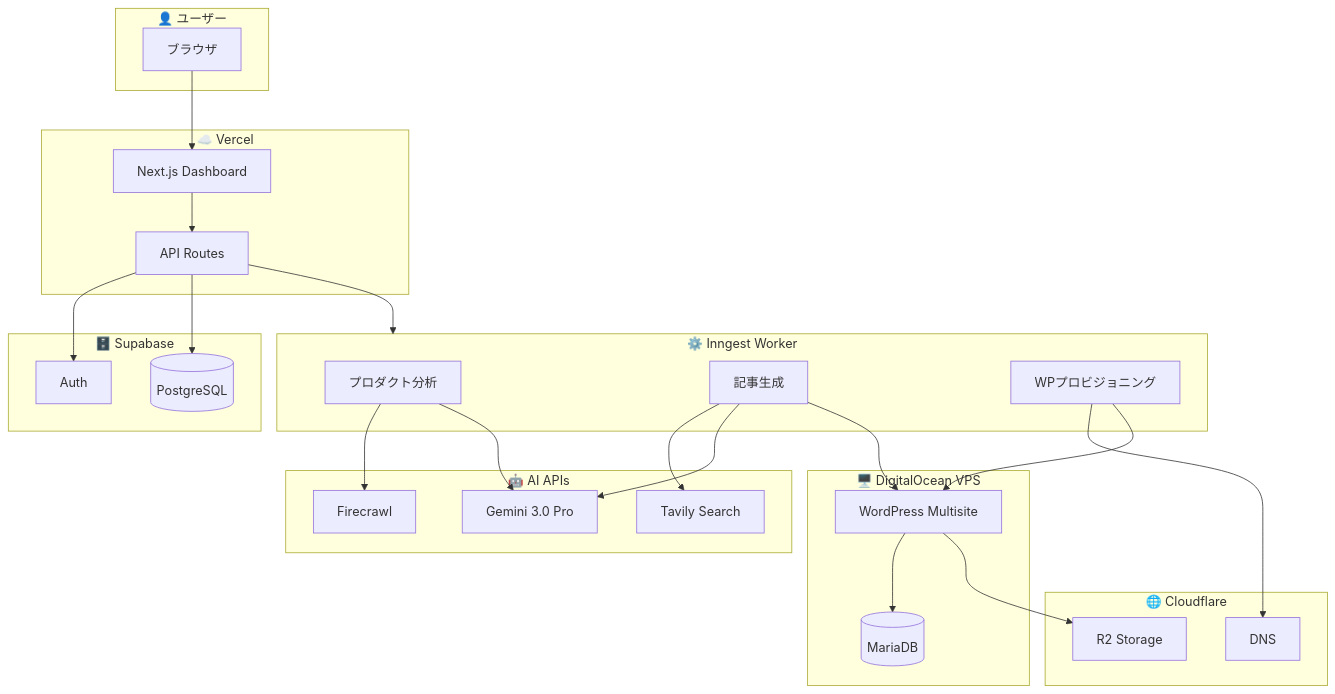
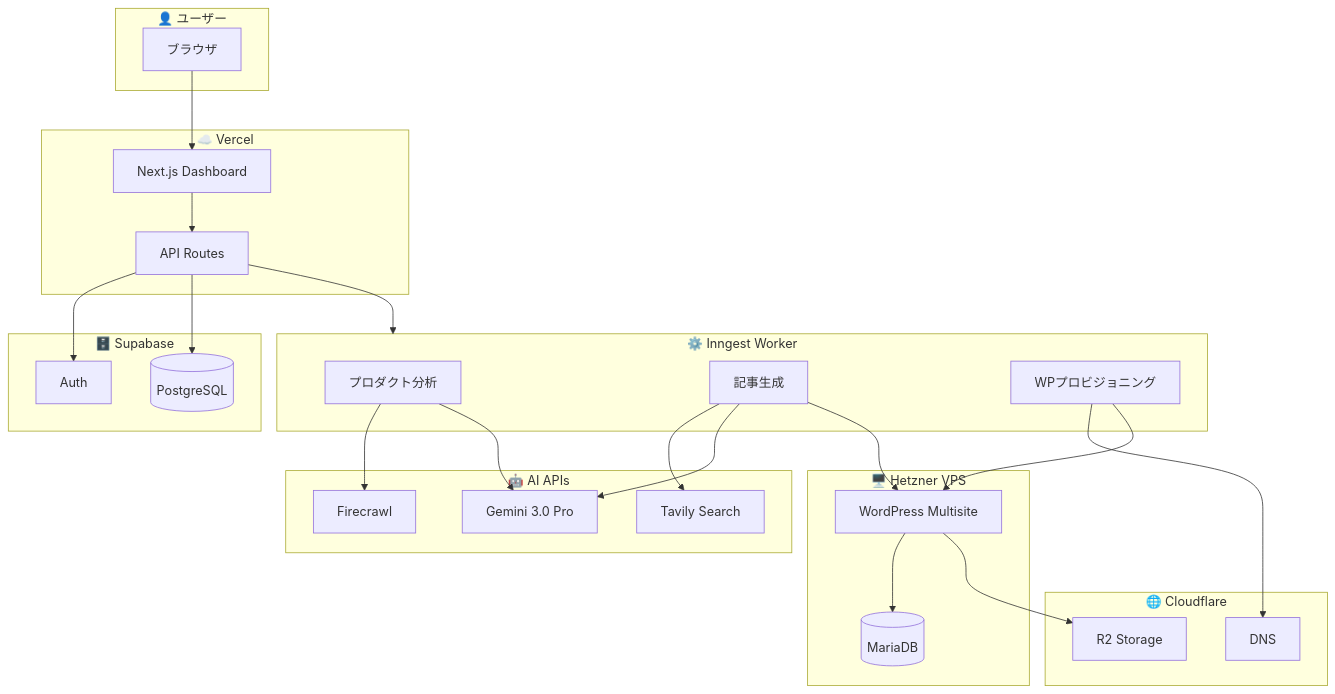
One commit to nakia73/AutoWordPress changed the diagram in docs/diagrams/03_system_architecture.mmd. Above: the diagram before and after it, drawn with Mermaid. The commit also changed 38 other files, not shown here.

```diff
--- a/docs/diagrams/03_system_architecture.mmd
+++ b/docs/diagrams/03_system_architecture.mmd
@@ -1,53 +1,53 @@
 flowchart TB
     subgraph User["👤 ユーザー"]
         Browser[ブラウザ]
     end
 
     subgraph Vercel["☁️ Vercel"]
         NextUI[Next.js Dashboard]
         NextAPI[API Routes]
     end
 
     subgraph Supabase["🗄️ Supabase"]
         Auth[Auth]
         DB[(PostgreSQL)]
     end
 
     subgraph Worker["⚙️ Inngest Worker"]
         Analyzer[プロダクト分析]
         Writer[記事生成]
         Provisioner[WPプロビジョニング]
     end
 
     subgraph AI["🤖 AI APIs"]
         Gemini[Gemini 3.0 Pro]
         Firecrawl[Firecrawl]
         Tavily[Tavily Search]
     end
 
-    subgraph Infrastructure["🖥️ DigitalOcean VPS"]
+    subgraph Infrastructure["🖥️ Hetzner VPS"]
         WP[WordPress Multisite]
         MariaDB[(MariaDB)]
     end
 
     subgraph CDN["🌐 Cloudflare"]
         DNS[DNS]
         R2[R2 Storage]
     end
 
     Browser --> NextUI
     NextUI --> NextAPI
     NextAPI --> Auth
     NextAPI --> DB
     NextAPI --> Worker
 
     Analyzer --> Firecrawl
     Analyzer --> Gemini
     Writer --> Tavily
     Writer --> Gemini
     Writer --> WP
 
     Provisioner --> DNS
     Provisioner --> WP
     WP --> MariaDB
     WP --> R2
```
